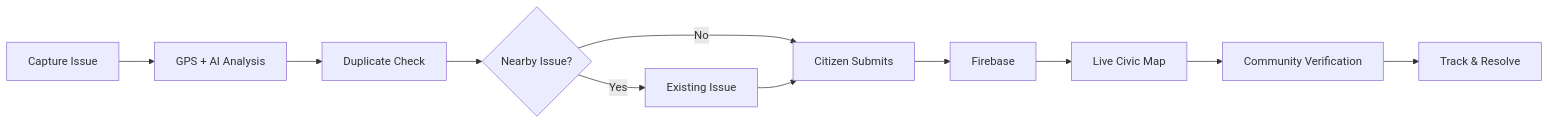
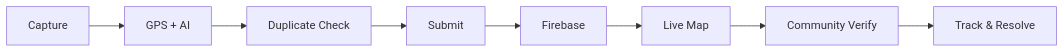
The first of 2 diagrams in README.md (Jyatin/-fixmyway), drawn with Mermaid before and after one commit.

Commit message:
Make end-to-end workflow more compact and visible

````diff
--- a/README.md
+++ b/README.md
@@ -32,13 +32,10 @@
 ```mermaid
 flowchart LR
-    A[Capture Issue] --> B[GPS + AI Analysis]
+    A[Capture] --> B[GPS + AI]
     B --> C[Duplicate Check]
-    C --> D{Nearby Issue?}
-    D -->|Yes| E[Existing Issue]
-    D -->|No| F[Citizen Submits]
-    E --> F
-    F --> G[Firebase]
-    G --> H[Live Civic Map]
-    H --> I[Community Verification]
-    I --> J[Track & Resolve]
+    C --> D[Submit]
+    D --> E[Firebase]
+    E --> F[Live Map]
+    F --> G[Community Verify]
+    G --> H[Track & Resolve]
 ```
````
